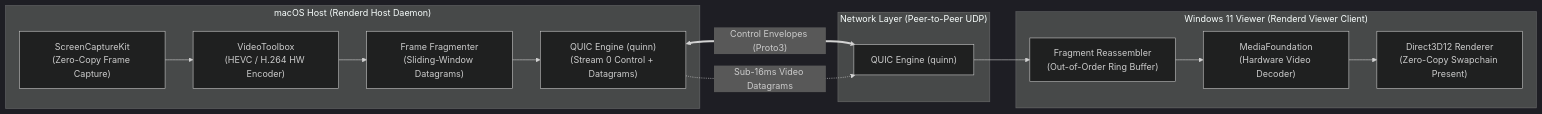
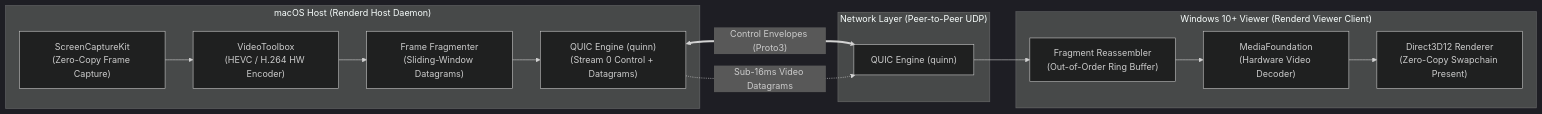
Before and after one commit to Ad1th/Renderd: the diagram in README.md, drawn with Mermaid (dark theme). The commit also changed other lines of this file and 6 other files, not shown here.

First line of the commit message:
docs(platform): update viewer platform support to Windows 10+

````diff
--- a/README.md
+++ b/README.md
@@ -48,19 +48,19 @@
 ```mermaid
 flowchart LR
     subgraph macOS Host ["macOS Host (Renderd Host Daemon)"]
         SCK["ScreenCaptureKit\n(Zero-Copy Frame Capture)"] --> VT["VideoToolbox\n(HEVC / H.264 HW Encoder)"]
         VT --> FRAG["Frame Fragmenter\n(Sliding-Window Datagrams)"]
         FRAG --> QUIC_H["QUIC Engine (quinn)\n(Stream 0 Control + Datagrams)"]
     end
 
     subgraph Transport ["Network Layer (Peer-to-Peer UDP)"]
         QUIC_H <== "Control Envelopes (Proto3)" ==> QUIC_V["QUIC Engine (quinn)"]
         QUIC_H -. "Sub-16ms Video Datagrams" .-> QUIC_V
     end
 
-    subgraph Windows Viewer ["Windows 11 Viewer (Renderd Viewer Client)"]
+    subgraph Windows Viewer ["Windows 10+ Viewer (Renderd Viewer Client)"]
         QUIC_V --> REASS["Fragment Reassembler\n(Out-of-Order Ring Buffer)"]
         REASS --> MF["MediaFoundation\n(Hardware Video Decoder)"]
         MF --> D3D12["Direct3D12 Renderer\n(Zero-Copy Swapchain Present)"]
     end
 ```
````
